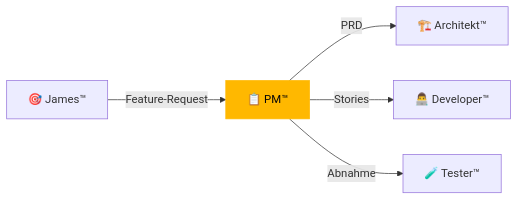
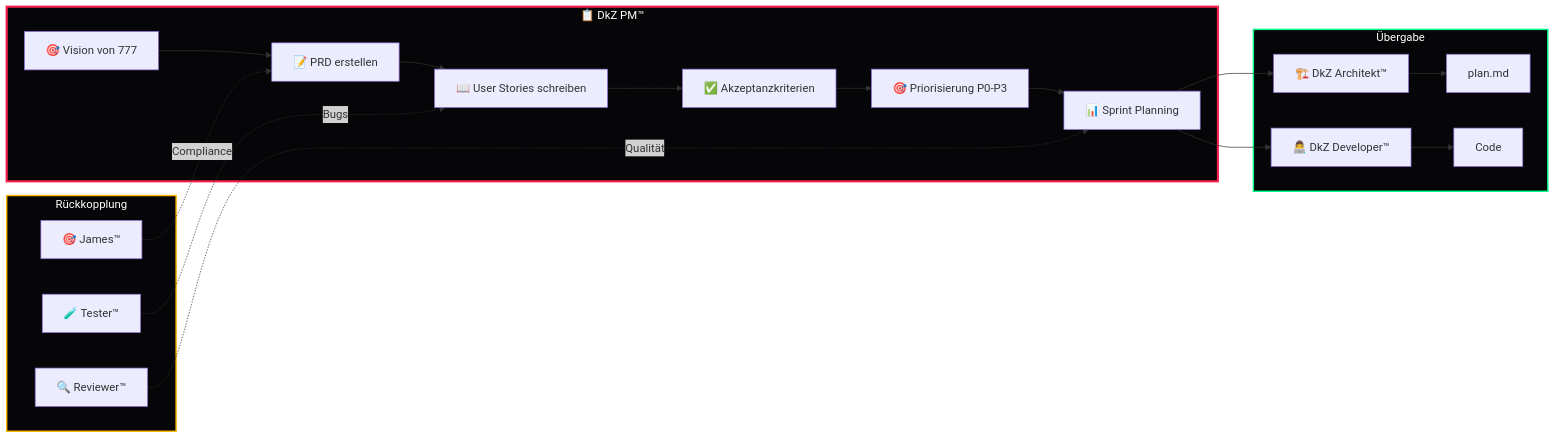
One commit to D-VKITZ/bmad-framework changed the diagram in dkz-pm/README.md. Above: the diagram before and after it, drawn with Mermaid. The commit also changed other lines of this file and 8 other files, not shown here.

Commit message:
feat(bmad): Premium READMEs + Issue Templates — 17+ Badges, Mermaid, 4500+ Zeilen

````diff
--- a/dkz-pm/README.md
+++ b/dkz-pm/README.md
@@ -38,9 +46,27 @@
 ```mermaid
-graph LR
-    PM["📋 PM™"] -->|"PRD"| A["🏗️ Architekt™"]
-    PM -->|"Stories"| D["👨‍💻 Developer™"]
-    PM -->|"Abnahme"| T["🧪 Tester™"]
-    J["🎯 James™"] -->|"Feature-Request"| PM
-    
-    style PM fill:#ffb800,color:#060608,stroke:#ffb800
+flowchart LR
+    subgraph PM["📋 DkZ PM™"]
+        A["🎯 Vision von 777"] --> B["📝 PRD erstellen"]
+        B --> C["📖 User Stories schreiben"]
+        C --> D["✅ Akzeptanzkriterien"]
+        D --> E["🎯 Priorisierung P0-P3"]
+        E --> F["📊 Sprint Planning"]
+    end
+
+    subgraph HANDOFF["Übergabe"]
+        F --> G["🏗️ DkZ Architekt™"]
+        F --> H["👨‍💻 DkZ Developer™"]
+        G --> I["plan.md"]
+        H --> J["Code"]
+    end
+
+    subgraph FEEDBACK["Rückkopplung"]
+        K["🔍 Reviewer™"] -.->|Qualität| F
+        L["🧪 Tester™"] -.->|Bugs| C
+        M["🎯 James™"] -.->|Compliance| B
+    end
+
+    style PM fill:#060608,stroke:#fa1e4e,stroke-width:3px,color:#ffffff
+    style HANDOFF fill:#060608,stroke:#00ff88,stroke-width:2px,color:#ffffff
+    style FEEDBACK fill:#060608,stroke:#ffb800,stroke-width:2px,color:#ffffff
 ```
````
